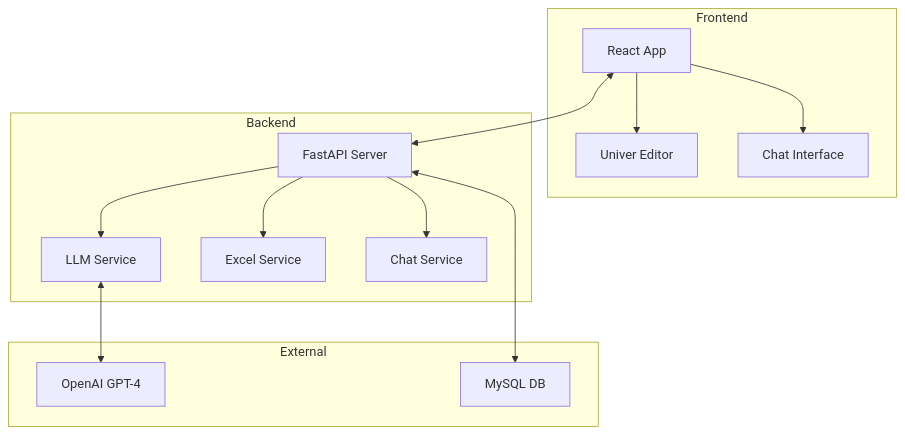
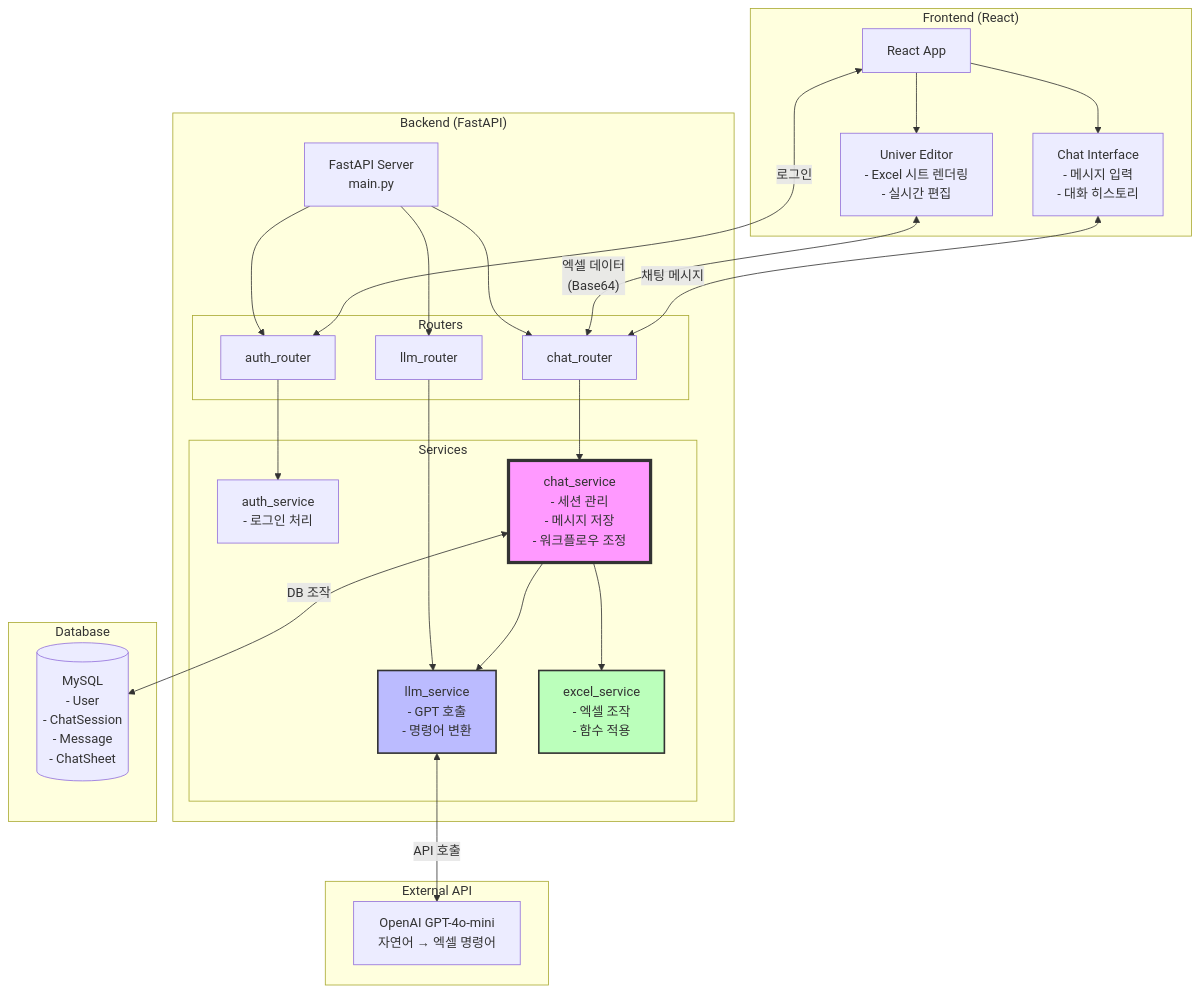
Before and after one commit to SKKU-2025-1-SWE3002-41-Team2/SKKU-2025-1-SWE3002-41-Team2-Server: the diagram in README.md, drawn with Mermaid. The commit also changed other lines of this file, not shown here.

````diff
--- a/README.md
+++ b/README.md
@@ -87,22 +87,61 @@
 ```mermaid
 graph TB
-    subgraph "Frontend"
-        A[React App] --> B[Univer Editor]
-        A --> C[Chat Interface]
+    subgraph "Frontend (React)"
+        A[React App]
+        B[Univer Editor<br/>- Excel 시트 렌더링<br/>- 실시간 편집]
+        C[Chat Interface<br/>- 메시지 입력<br/>- 대화 히스토리]
+        
+        A --> B
+        A --> C
     end
     
-    subgraph "Backend"
-        D[FastAPI Server] --> E[LLM Service]
-        D --> F[Excel Service]
-        D --> G[Chat Service]
+    subgraph "Backend (FastAPI)"
+        D[FastAPI Server<br/>main.py]
+        
+        subgraph "Routers"
+            R1[auth_router]
+            R2[chat_router]
+            R3[llm_router]
+        end
+        
+        subgraph "Services"
+            S1[auth_service<br/>- 로그인 처리]
+            S2[chat_service<br/>- 세션 관리<br/>- 메시지 저장<br/>- 워크플로우 조정]
+            S3[llm_service<br/>- GPT 호출<br/>- 명령어 변환]
+            S4[excel_service<br/>- 엑셀 조작<br/>- 함수 적용]
+        end
+        
+        D --> R1
+        D --> R2
+        D --> R3
+        
+        R1 --> S1
+        R2 --> S2
+        R3 --> S3
+        
+        S2 --> S3
+        S2 --> S4
     end
     
-    subgraph "External"
-        H[OpenAI GPT-4]
-        I[MySQL DB]
+    subgraph "Database"
+        DB[(MySQL<br/>- User<br/>- ChatSession<br/>- Message<br/>- ChatSheet)]
     end
     
-    A <--> D
-    E <--> H
-    D <--> I
+    subgraph "External API"
+        GPT[OpenAI GPT-4o-mini<br/>자연어 → 엑셀 명령어]
+    end
+    
+    %% Frontend-Backend 통신
+    B <-->|"엑셀 데이터<br/>(Base64)"| R2
+    C <-->|"채팅 메시지"| R2
+    A <-->|"로그인"| R1
+    
+    %% Service 간 통신
+    S3 <-->|"API 호출"| GPT
+    S2 <-->|"DB 조작"| DB
+    
+    %% 데이터 흐름 표시
+    style S2 fill:#f9f,stroke:#333,stroke-width:4px
+    style S3 fill:#bbf,stroke:#333,stroke-width:2px
+    style S4 fill:#bfb,stroke:#333,stroke-width:2px
 ```
````
